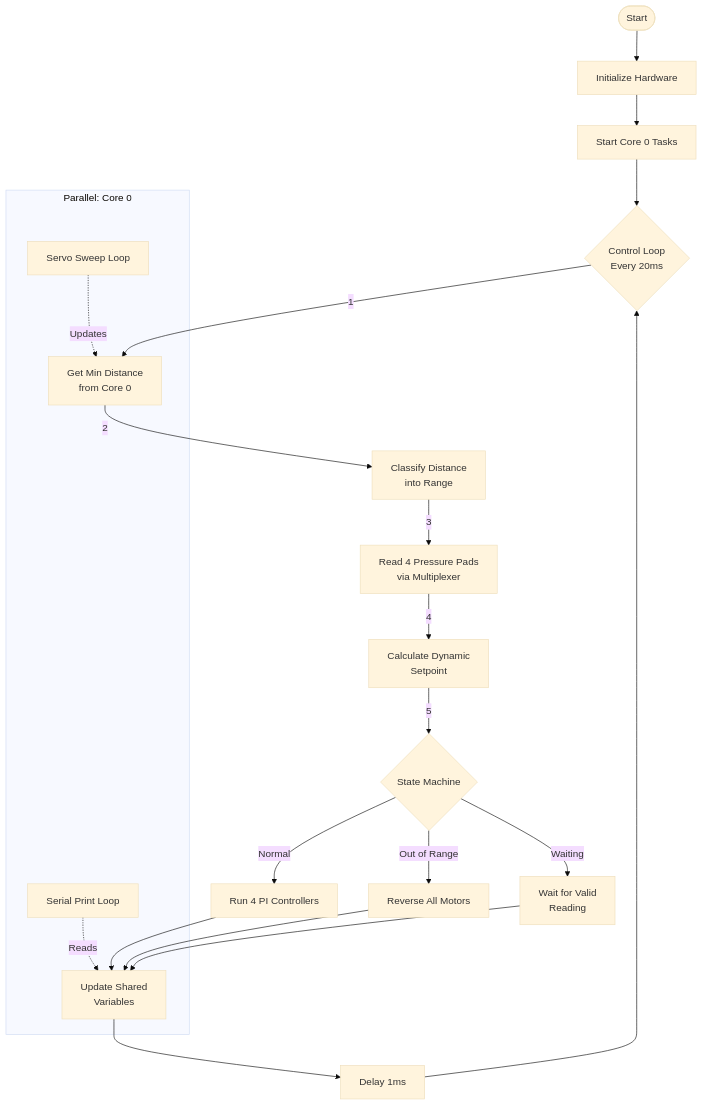
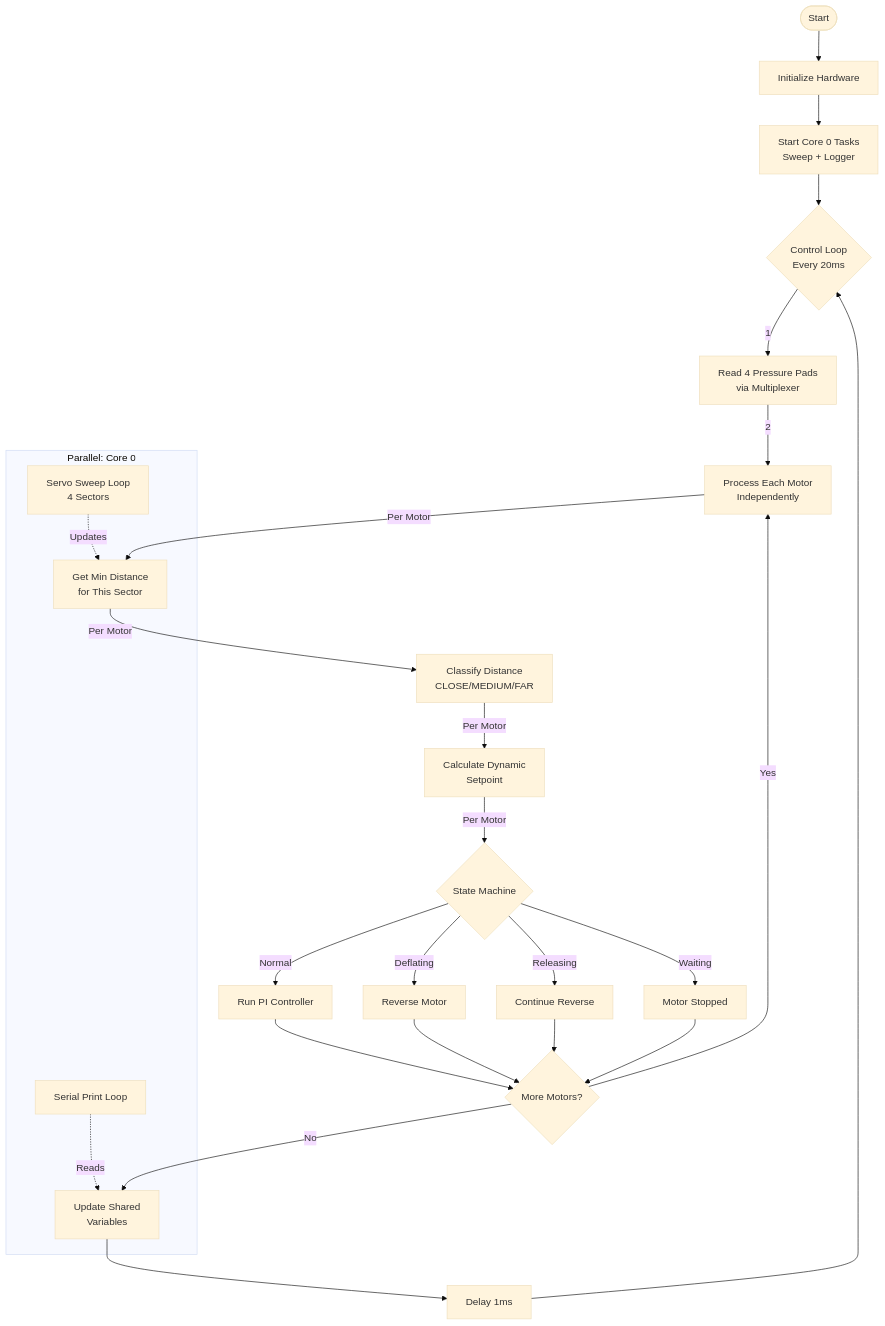
The third of 8 diagrams in docs/architecture.md (raseone19/ME-410), drawn with Mermaid (base theme) before and after one commit. The commit also changed other lines of this file and 12 other files, not shown here.

````diff
--- a/docs/architecture.md
+++ b/docs/architecture.md
@@ -140,29 +153,37 @@
 ```mermaid
 flowchart TD
     Start([Start]) --> InitHW[Initialize Hardware]
-    InitHW --> StartTasks[Start Core 0 Tasks]
+    InitHW --> StartTasks[Start Core 0 Tasks<br/>Sweep + Logger]
     StartTasks --> LoopStart{Control Loop<br/>Every 20ms}
 
-    LoopStart -->|1| GetDist[Get Min Distance<br/>from Core 0]
-    GetDist -->|2| ClassifyRange[Classify Distance<br/>into Range]
-    ClassifyRange -->|3| ReadPP[Read 4 Pressure Pads<br/>via Multiplexer]
-    ReadPP -->|4| CalcSetpoint[Calculate Dynamic<br/>Setpoint]
+    LoopStart -->|1| ReadPP[Read 4 Pressure Pads<br/>via Multiplexer]
 
-    CalcSetpoint -->|5| CheckState{State Machine}
+    ReadPP -->|2| ProcessMotors[Process Each Motor<br/>Independently]
 
-    CheckState -->|Normal| RunPI[Run 4 PI Controllers]
-    CheckState -->|Out of Range| Reverse[Reverse All Motors]
-    CheckState -->|Waiting| Wait[Wait for Valid<br/>Reading]
+    ProcessMotors -->|Per Motor| GetDist[Get Min Distance<br/>for This Sector]
+    GetDist -->|Per Motor| ClassifyRange[Classify Distance<br/>CLOSE/MEDIUM/FAR]
+    ClassifyRange -->|Per Motor| CalcSetpoint[Calculate Dynamic<br/>Setpoint]
 
-    RunPI --> UpdateShared[Update Shared<br/>Variables]
-    Reverse --> UpdateShared
-    Wait --> UpdateShared
+    CalcSetpoint -->|Per Motor| CheckState{State Machine}
+
+    CheckState -->|Normal| RunPI[Run PI Controller]
+    CheckState -->|Deflating| Reverse[Reverse Motor]
+    CheckState -->|Releasing| Continue[Continue Reverse]
+    CheckState -->|Waiting| Wait[Motor Stopped]
+
+    RunPI --> NextMotor{More Motors?}
+    Reverse --> NextMotor
+    Continue --> NextMotor
+    Wait --> NextMotor
+
+    NextMotor -->|Yes| ProcessMotors
+    NextMotor -->|No| UpdateShared[Update Shared<br/>Variables]
 
     UpdateShared --> Delay[Delay 1ms]
     Delay --> LoopStart
 
     subgraph "Parallel: Core 0"
-        SweepLoop[Servo Sweep Loop] -.->|Updates| GetDist
+        SweepLoop[Servo Sweep Loop<br/>4 Sectors] -.->|Updates| GetDist
         LogLoop[Serial Print Loop] -.->|Reads| UpdateShared
     end
 ```
````
